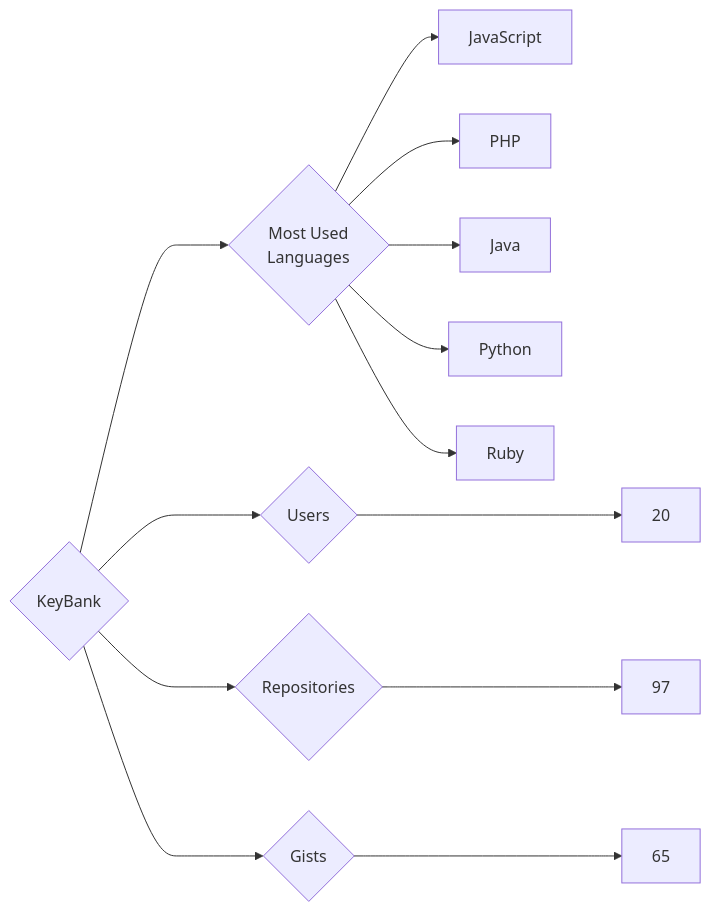
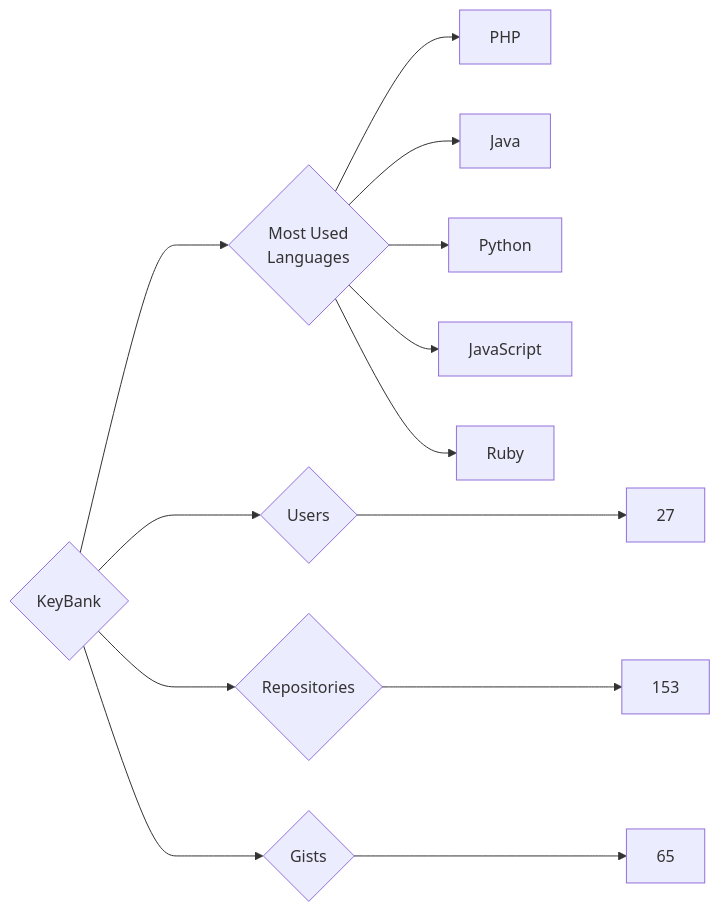
Before and after one commit to trickest/insiders: the diagram in targets/KeyBank/README.md, drawn with Mermaid. The commit also changed 882 other files, not shown here.

````diff
--- a/targets/KeyBank/README.md
+++ b/targets/KeyBank/README.md
@@ -3,13 +3,13 @@
 ```mermaid
 graph LR
 COMPANY_NAME{KeyBank}
-COMPANY_NAME ---> U{Users} ---> UN[20]
-COMPANY_NAME ---> R{Repositories} ---> RN[97]
+COMPANY_NAME ---> U{Users} ---> UN[27]
+COMPANY_NAME ---> R{Repositories} ---> RN[153]
 COMPANY_NAME ---> G{Gists} ---> GN[65]
 COMPANY_NAME ---> ML{Most Used<br>Languages}
-ML --> JavaScript[JavaScript]
 ML --> PHP[PHP]
 ML --> Java[Java]
 ML --> Python[Python]
+ML --> JavaScript[JavaScript]
 ML --> Ruby[Ruby]
 ```
````
